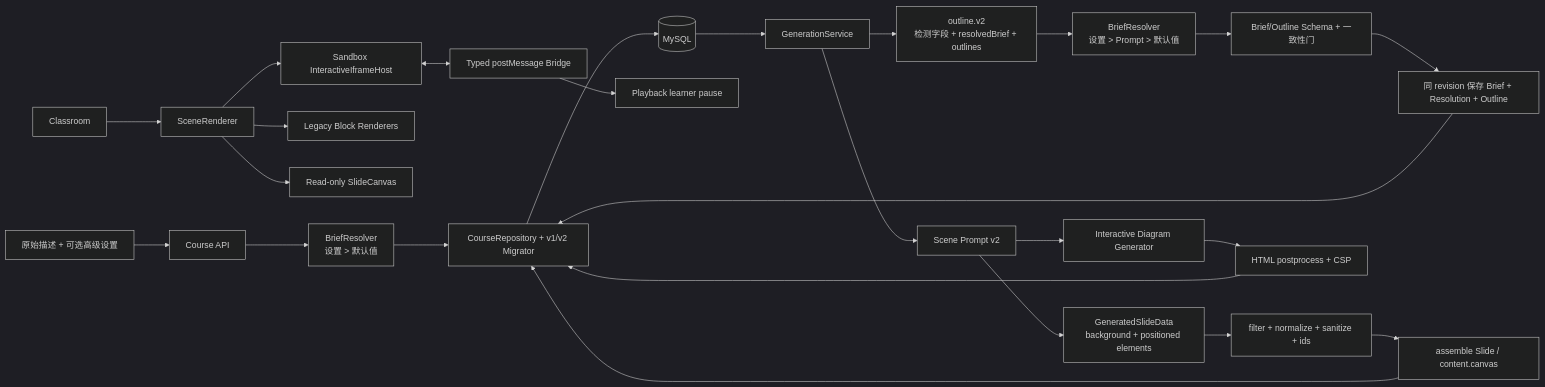
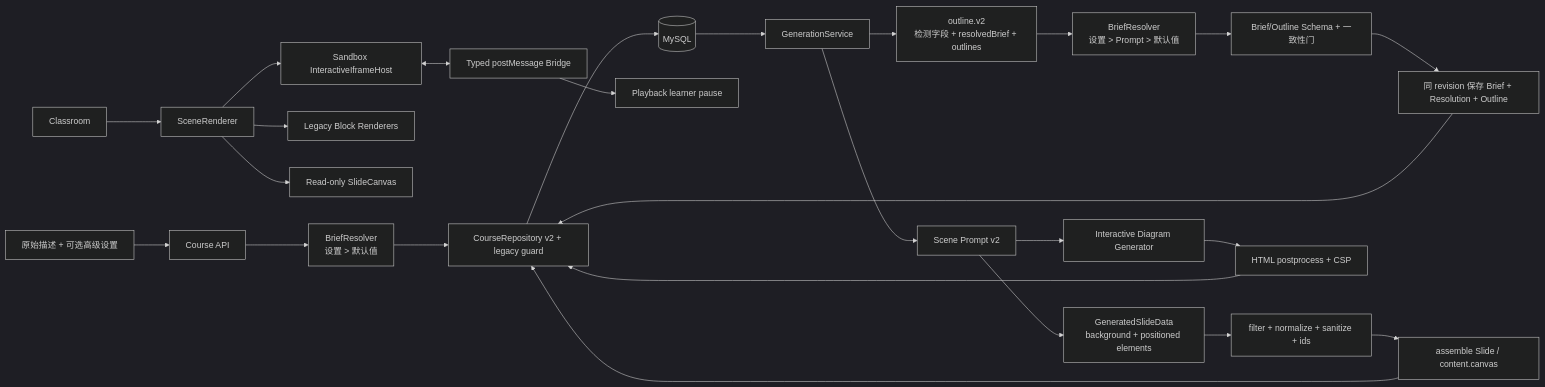
Before and after one commit to shuige666666/ai-teaching-assistance-platform: the second of 4 diagrams in docs/03-architecture.md, drawn with Mermaid (dark theme). The commit also changed other lines of this file and 32 other files, not shown here.

````diff
--- a/docs/03-architecture.md
+++ b/docs/03-architecture.md
@@ -251,30 +251,30 @@
 ```mermaid
 flowchart LR
     Input["原始描述 + 可选高级设置"] --> CourseAPI["Course API"]
     CourseAPI --> Provisional["BriefResolver<br/>设置 > 默认值"]
-    Provisional --> Repo["CourseRepository + v1/v2 Migrator"]
+    Provisional --> Repo["CourseRepository v2 + legacy guard"]
     Repo --> DB[(MySQL)]
 
     DB --> Generation["GenerationService"]
     Generation --> OutlineV2["outline.v2<br/>检测字段 + resolvedBrief + outlines"]
     OutlineV2 --> Resolve["BriefResolver<br/>设置 > Prompt > 默认值"]
     Resolve --> OutlineGate["Brief/Outline Schema + 一致性门"]
     OutlineGate --> AtomicSave["同 revision 保存 Brief + Resolution + Outline"]
     AtomicSave --> Repo
 
     Generation --> PromptV2["Scene Prompt v2"]
     PromptV2 --> SlideData["GeneratedSlideData<br/>background + positioned elements"]
     SlideData --> Normalize["filter + normalize + sanitize + ids"]
     Normalize --> AssembleSlide["assemble Slide / content.canvas"]
     AssembleSlide --> Repo
     PromptV2 --> InteractiveGen["Interactive Diagram Generator"]
     InteractiveGen --> HtmlGate["HTML postprocess + CSP"]
     HtmlGate --> Repo
 
     Classroom["Classroom"] --> SceneRenderer["SceneRenderer"]
     SceneRenderer --> LegacyBlocks["Legacy Block Renderers"]
     SceneRenderer --> SlideCanvas["Read-only SlideCanvas"]
     SceneRenderer --> IframeHost["Sandbox InteractiveIframeHost"]
     IframeHost <--> Bridge["Typed postMessage Bridge"]
     Bridge --> Player["Playback learner pause"]
 ```
````
